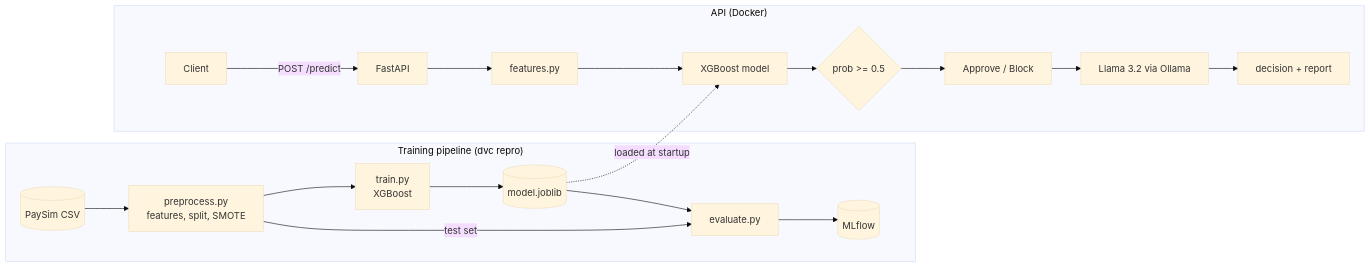
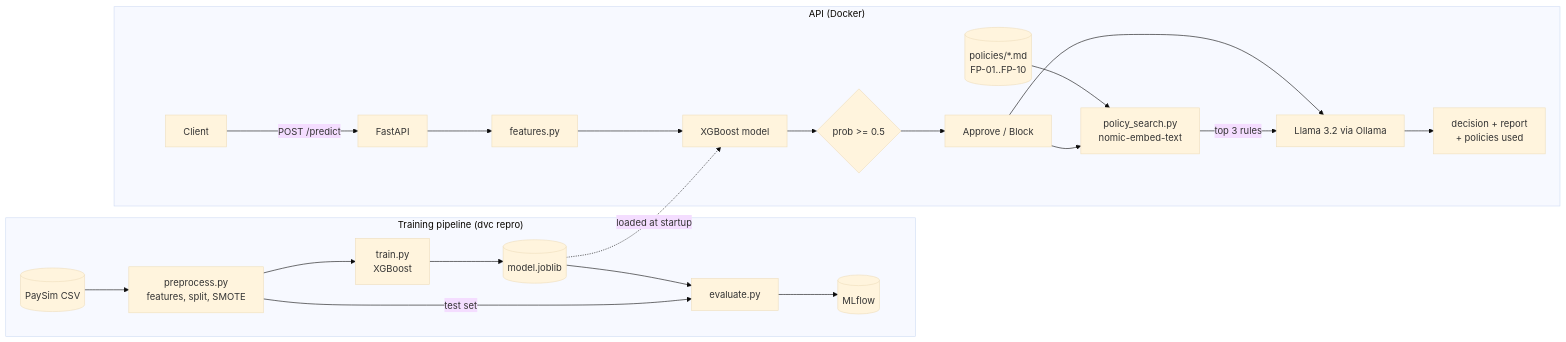
One commit to Saksham2410del/mlops-fraud-detection changed the diagram in README.md. Above: the diagram before and after it, drawn with Mermaid (base theme). The commit also changed other lines of this file and 15 other files, not shown here.

````diff
--- a/README.md
+++ b/README.md
@@ -60,23 +78,26 @@
 ```mermaid
 flowchart LR
     subgraph Training["Training pipeline (dvc repro)"]
         A[(PaySim CSV)] --> B[preprocess.py<br/>features, split, SMOTE]
         B --> C[train.py<br/>XGBoost]
         C --> D[(model.joblib)]
         B -- test set --> E[evaluate.py]
         D --> E
         E --> F[(MLflow)]
     end
 
     subgraph Serving["API (Docker)"]
         G[Client] -- POST /predict --> H[FastAPI]
         H --> I[features.py]
         I --> J[XGBoost model]
         J --> K{prob >= 0.5}
         K --> L[Approve / Block]
-        L --> M[Llama 3.2 via Ollama]
-        M --> N[decision + report]
+        L --> P[policy_search.py<br/>nomic-embed-text]
+        Q[(policies/*.md<br/>FP-01..FP-10)] --> P
+        P -- top 3 rules --> M[Llama 3.2 via Ollama]
+        L --> M
+        M --> N[decision + report<br/>+ policies used]
     end
 
     D -. loaded at startup .-> J
 ```
````
